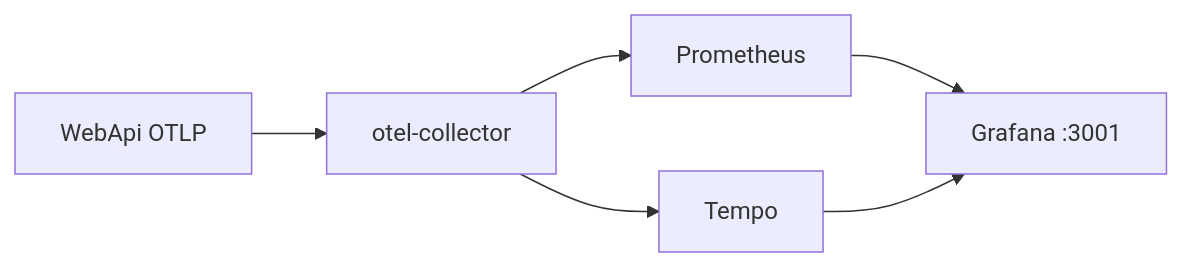
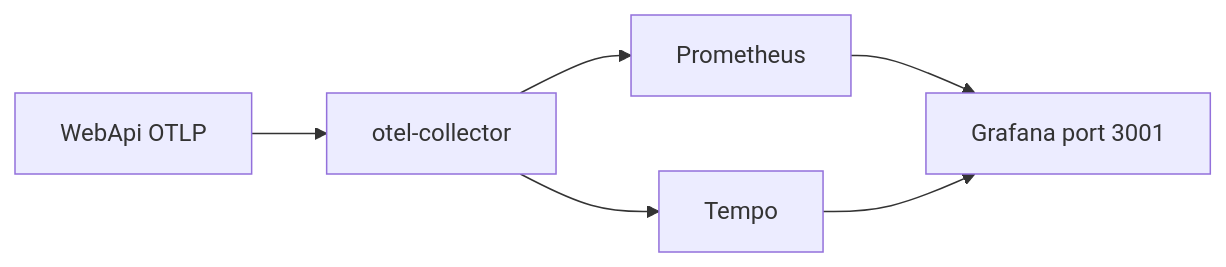
One commit to fdeniz07/BankApp changed the first of 2 diagrams in docs/learning/tr/18-otel-observability.md. Above: the diagram before and after it, drawn with Mermaid. The commit also changed other lines of this file and 105 other files, not shown here.

First line of the commit message:
doc: Enrich learning chapters with labs, pitfalls, and safe Mermaid

````diff
--- a/docs/learning/tr/18-otel-observability.md
+++ b/docs/learning/tr/18-otel-observability.md
@@ -12,8 +14,8 @@
 ```mermaid
 flowchart LR
-  API[WebApi OTLP] --> COL[otel-collector]
-  COL --> PROM[Prometheus]
-  COL --> TEMPO[Tempo]
-  PROM --> GRAF[Grafana :3001]
+  API["WebApi OTLP"] --> COL["otel-collector"]
+  COL --> PROM["Prometheus"]
+  COL --> TEMPO["Tempo"]
+  PROM --> GRAF["Grafana port 3001"]
   TEMPO --> GRAF
 ```
````
